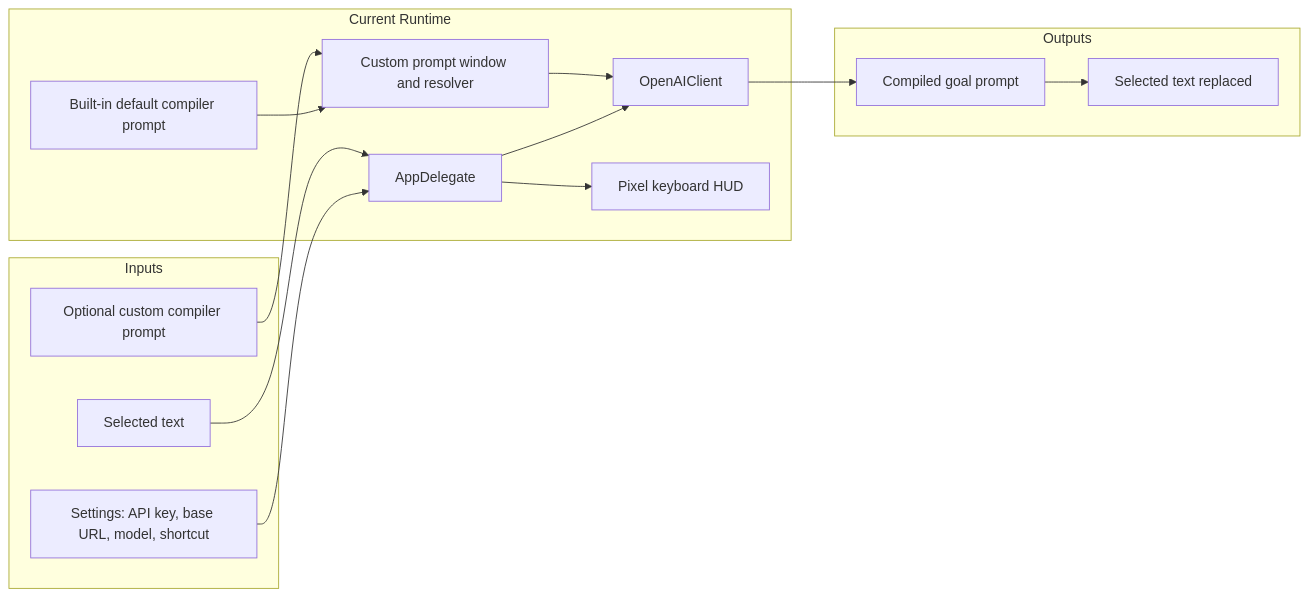
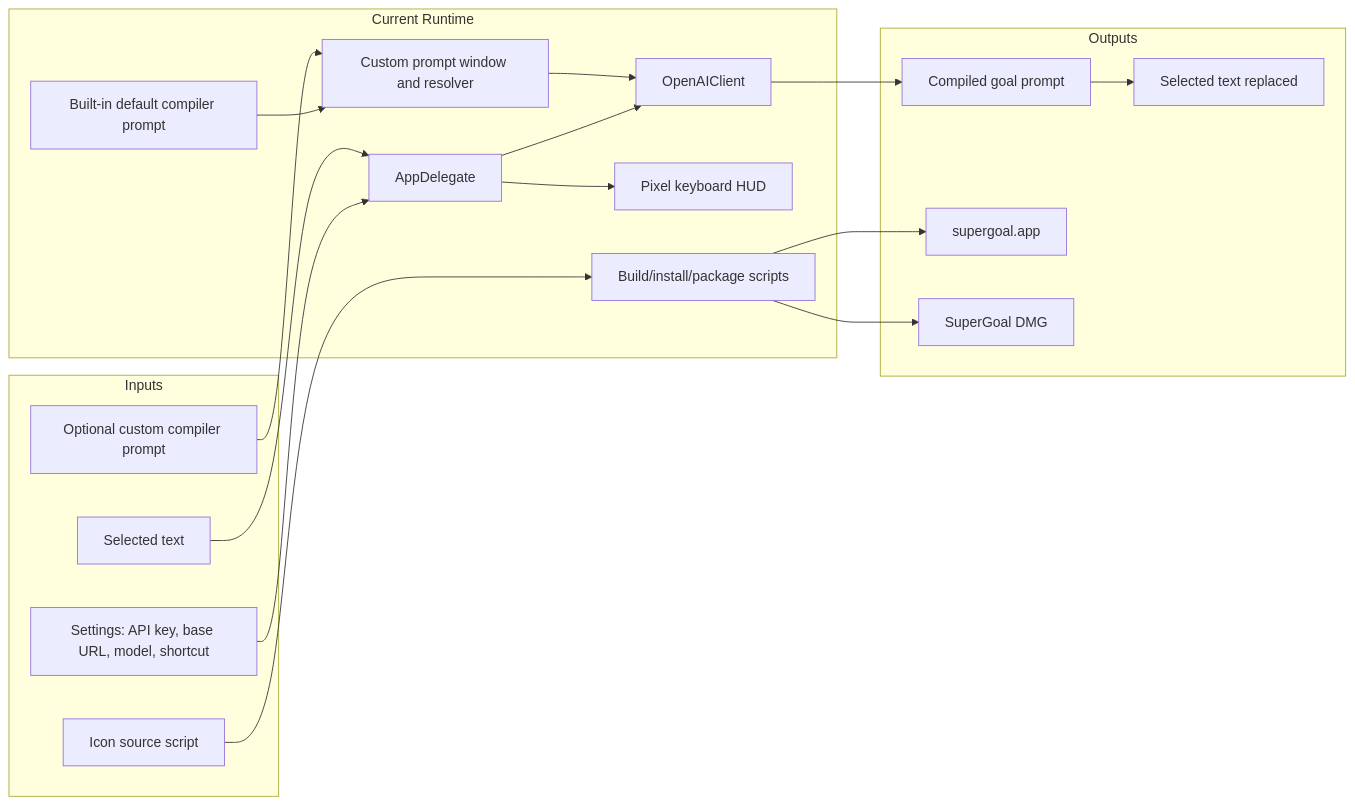
One commit to fightheyyy/SuperGoal changed the first of 2 diagrams in plugin/supergoal.app-src/SPEC.md. Above: the diagram before and after it, drawn with Mermaid. The commit also changed other lines of this file and 15 other files, not shown here.

Commit message:
Polish icons and package SuperGoal as DMG

````diff
--- a/plugin/supergoal.app-src/SPEC.md
+++ b/plugin/supergoal.app-src/SPEC.md
@@ -12,31 +12,38 @@
 ```mermaid
 flowchart LR
     subgraph Inputs["Inputs"]
         A["Selected text"]
         B["Settings: API key, base URL, model, shortcut"]
         I["Optional custom compiler prompt"]
+        K["Icon source script"]
     end
 
     subgraph Runtime["Current Runtime"]
         C["AppDelegate"]
         J["Custom prompt window and resolver"]
         D["OpenAIClient"]
         E["Built-in default compiler prompt"]
         F["Pixel keyboard HUD"]
+        L["Build/install/package scripts"]
     end
 
     subgraph Outputs["Outputs"]
         G["Compiled goal prompt"]
         H["Selected text replaced"]
+        M["supergoal.app"]
+        N["SuperGoal DMG"]
     end
 
     A --> C
     B --> C
     I --> J
+    K --> L
     E --> J
     J --> D
     C --> F
     C --> D
     D --> G
     G --> H
+    L --> M
+    L --> N
 ```
````
